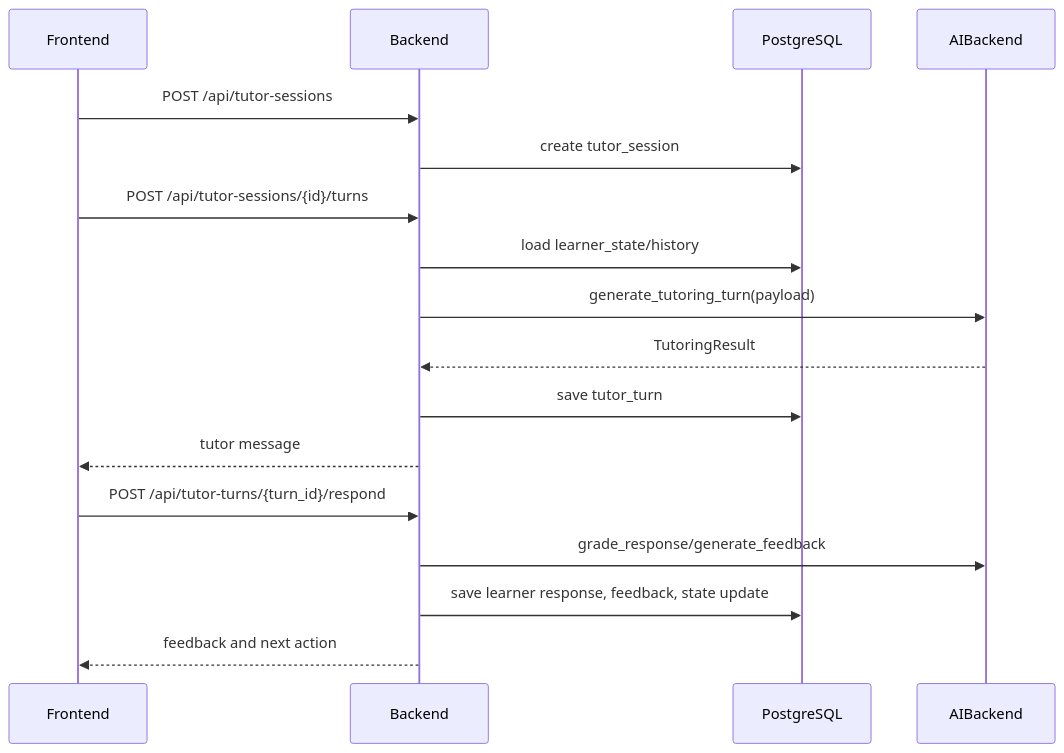
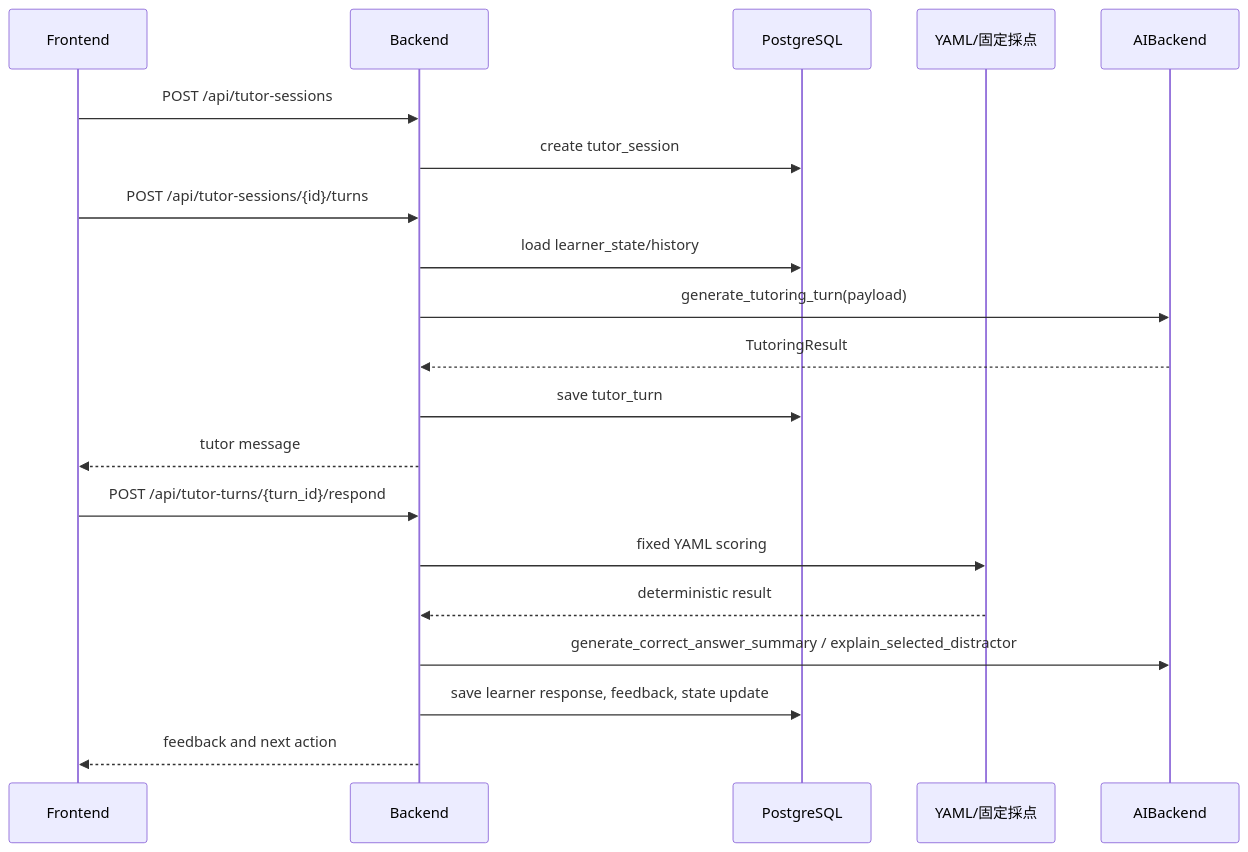
Before and after one commit to Hiroki252516/gogainen_bot: the second of 2 diagrams in docs/05_system_architecture.md, drawn with Mermaid. The commit also changed other lines of this file and 25 other files, not shown here.

````diff
--- a/docs/05_system_architecture.md
+++ b/docs/05_system_architecture.md
@@ -149,19 +160,22 @@
 ```mermaid
 sequenceDiagram
   participant F as Frontend
   participant B as Backend
   participant DB as PostgreSQL
+  participant Y as YAML/固定採点
   participant AI as AIBackend
   F->>B: POST /api/tutor-sessions
   B->>DB: create tutor_session
   F->>B: POST /api/tutor-sessions/{id}/turns
   B->>DB: load learner_state/history
   B->>AI: generate_tutoring_turn(payload)
   AI-->>B: TutoringResult
   B->>DB: save tutor_turn
   B-->>F: tutor message
   F->>B: POST /api/tutor-turns/{turn_id}/respond
-  B->>AI: grade_response/generate_feedback
+  B->>Y: fixed YAML scoring
+  Y-->>B: deterministic result
+  B->>AI: generate_correct_answer_summary / explain_selected_distractor
   B->>DB: save learner response, feedback, state update
   B-->>F: feedback and next action
 ```
````
